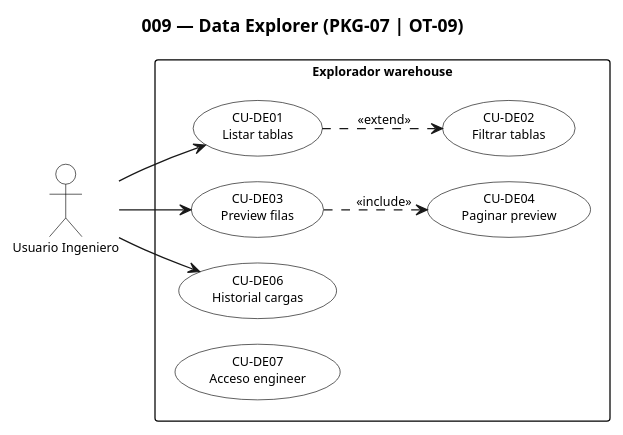
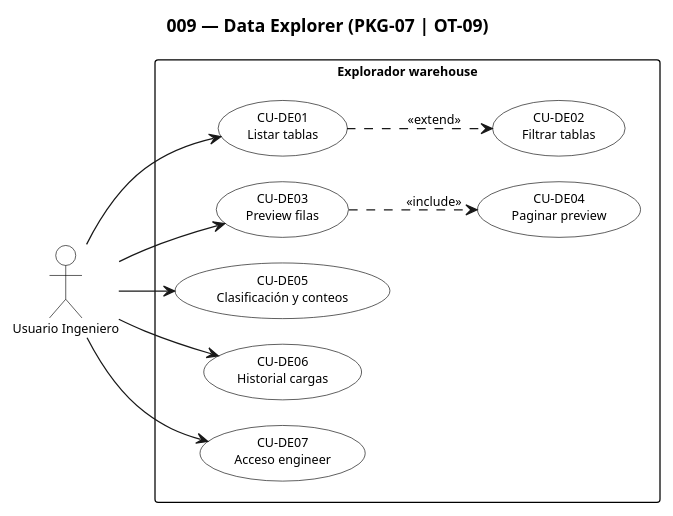
Before and after one commit to JosephACS/VOXMETRIKS: the diagram in docs/uml/packages/uc-009-explorer.puml, drawn with PlantUML. The commit also changed 6 other files, not shown here.

```diff
--- a/docs/uml/packages/uc-009-explorer.puml
+++ b/docs/uml/packages/uc-009-explorer.puml
@@ -1,40 +1,43 @@
 @startuml uc-009-explorer
 skinparam monochrome true
 skinparam shadowing false
 skinparam packageStyle rectangle
 skinparam actorStyle stickman
 skinparam defaultFontSize 10
 skinparam nodesep 20
 skinparam ranksep 24
 skinparam usecase {
   BackgroundColor white
   BorderColor black
 }
 skinparam actor {
   BackgroundColor white
   BorderColor black
 }
 skinparam rectangle {
   BackgroundColor white
   BorderColor black
 }
 left to right direction
 title 009 — Data Explorer (PKG-07 | OT-09)
 
 actor "Usuario Ingeniero" as Eng
 
 rectangle "Explorador warehouse" {
   usecase "CU-DE01\nListar tablas" as CU_DE01
   usecase "CU-DE02\nFiltrar tablas" as CU_DE02
   usecase "CU-DE03\nPreview filas" as CU_DE03
   usecase "CU-DE04\nPaginar preview" as CU_DE04
+  usecase "CU-DE05\nClasificación y conteos" as CU_DE05
   usecase "CU-DE06\nHistorial cargas" as CU_DE06
   usecase "CU-DE07\nAcceso engineer" as CU_DE07
 }
 Eng --> CU_DE01
 Eng --> CU_DE03
+Eng --> CU_DE05
 Eng --> CU_DE06
+Eng --> CU_DE07
 CU_DE01 ..> CU_DE02 : <<extend>>
 CU_DE03 ..> CU_DE04 : <<include>>
 
 @enduml
```
